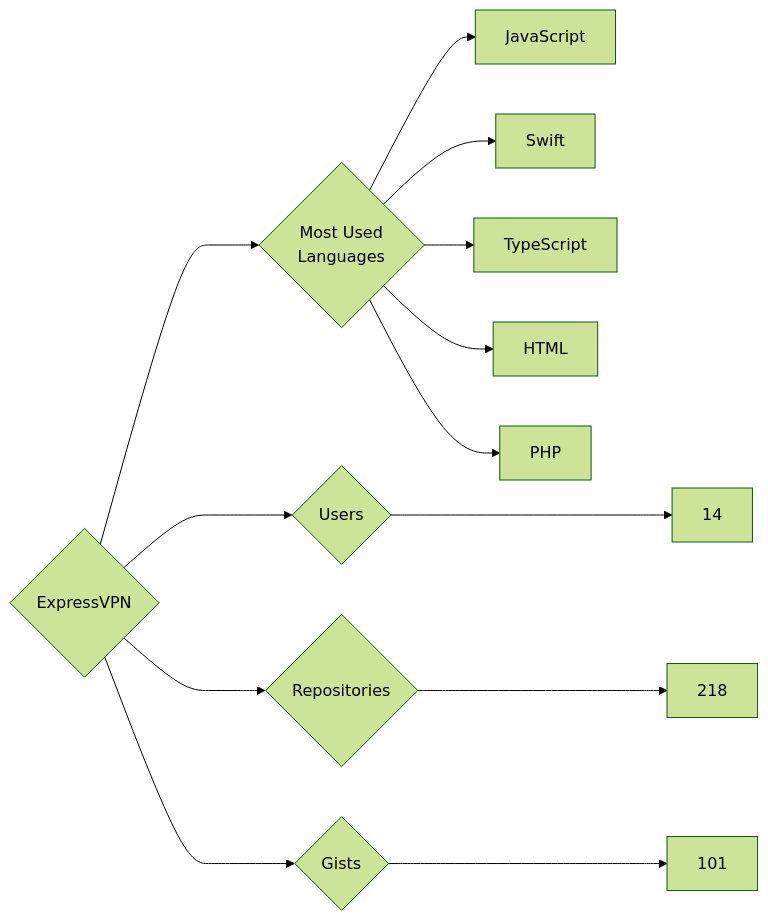
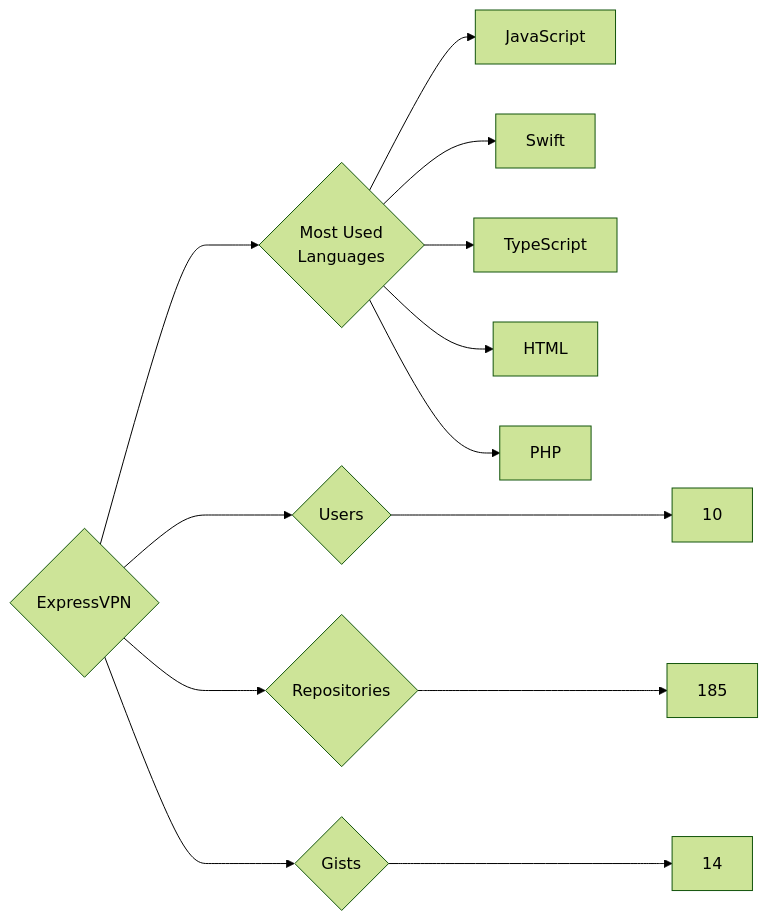
Before and after one commit to trickest/insiders: the diagram in targets/ExpressVPN/README.md, drawn with Mermaid (forest theme). The commit also changed 752 other files, not shown here.

````diff
--- a/targets/ExpressVPN/README.md
+++ b/targets/ExpressVPN/README.md
@@ -3,13 +3,13 @@
 ```mermaid
 graph LR
 COMPANY_NAME{ExpressVPN}
-COMPANY_NAME ---> U{Users} ---> UN[14]
-COMPANY_NAME ---> R{Repositories} ---> RN[218]
-COMPANY_NAME ---> G{Gists} ---> GN[101]
+COMPANY_NAME ---> U{Users} ---> UN[10]
+COMPANY_NAME ---> R{Repositories} ---> RN[185]
+COMPANY_NAME ---> G{Gists} ---> GN[14]
 COMPANY_NAME ---> ML{Most Used<br>Languages}
 ML --> JavaScript[JavaScript]
 ML --> Swift[Swift]
 ML --> TypeScript[TypeScript]
 ML --> HTML[HTML]
 ML --> PHP[PHP]
 ```
````
